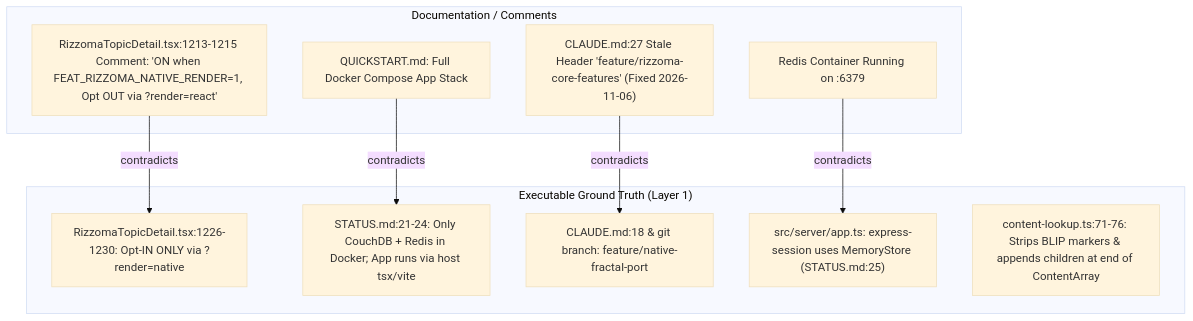
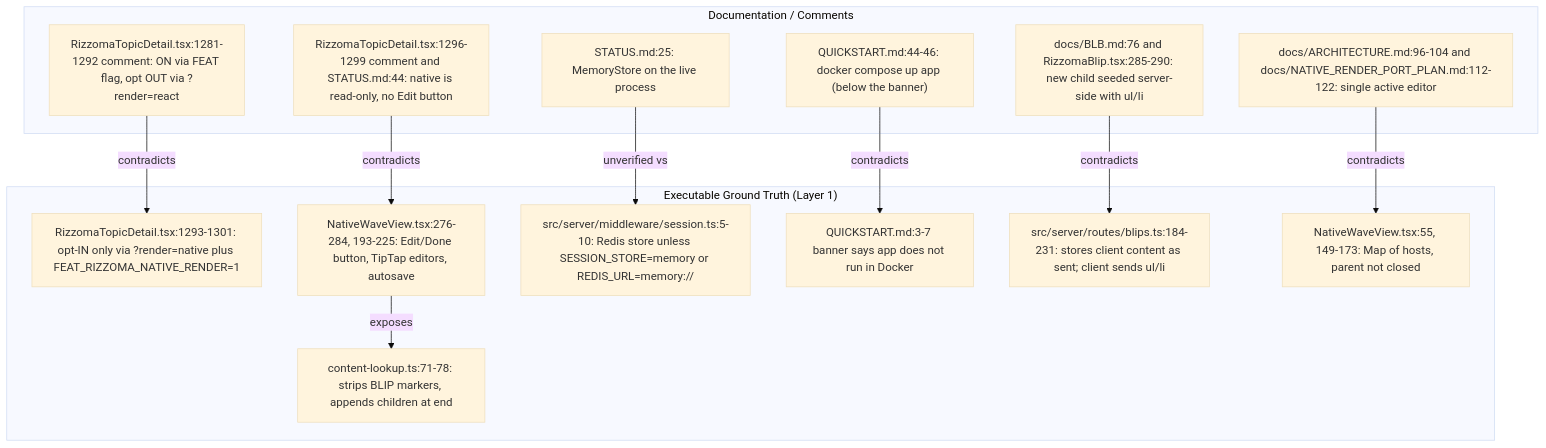
The first of 2 diagrams in wiki/decisions/contradictions-and-lint-findings.md (HCSS-StratBase/rizzoma), drawn with Mermaid (base theme) before and after one commit. The commit also changed other lines of this file and 17 other files, not shown here.

````diff
--- a/wiki/decisions/contradictions-and-lint-findings.md
+++ b/wiki/decisions/contradictions-and-lint-findings.md
@@ -27,22 +29,29 @@
 ```mermaid
 graph TD
     subgraph DOCS_CLAIMS["Documentation / Comments"]
-        C1["RizzomaTopicDetail.tsx:1213-1215 Comment: 'ON when FEAT_RIZZOMA_NATIVE_RENDER=1, Opt OUT via ?render=react'"]
-        C2["QUICKSTART.md: Full Docker Compose App Stack"]
-        C3["CLAUDE.md:27 Stale Header 'feature/rizzoma-core-features' (Fixed 2026-11-06)"]
-        C4["Redis Container Running on :6379"]
+        C1["RizzomaTopicDetail.tsx:1281-1292 comment: ON via FEAT flag, opt OUT via ?render=react"]
+        C2["RizzomaTopicDetail.tsx:1296-1299 comment and STATUS.md:44: native is read-only, no Edit button"]
+        C3["STATUS.md:25: MemoryStore on the live process"]
+        C4["QUICKSTART.md:44-46: docker compose up app (below the banner)"]
+        C5["docs/BLB.md:76 and RizzomaBlip.tsx:285-290: new child seeded server-side with ul/li"]
+        C6["docs/ARCHITECTURE.md:96-104 and docs/NATIVE_RENDER_PORT_PLAN.md:112-122: single active editor"]
     end
 
     subgraph CODE_TRUTH["Executable Ground Truth (Layer 1)"]
-        T1["RizzomaTopicDetail.tsx:1226-1230: Opt-IN ONLY via ?render=native"]
-        T2["STATUS.md:21-24: Only CouchDB + Redis in Docker; App runs via host tsx/vite"]
-        T3["CLAUDE.md:18 & git branch: feature/native-fractal-port"]
-        T4["src/server/app.ts: express-session uses MemoryStore (STATUS.md:25)"]
-        T5["content-lookup.ts:71-76: Strips BLIP markers & appends children at end of ContentArray"]
+        T1["RizzomaTopicDetail.tsx:1293-1301: opt-IN only via ?render=native plus FEAT_RIZZOMA_NATIVE_RENDER=1"]
+        T2["NativeWaveView.tsx:276-284, 193-225: Edit/Done button, TipTap editors, autosave"]
+        T3["src/server/middleware/session.ts:5-10: Redis store unless SESSION_STORE=memory or REDIS_URL=memory://"]
+        T4["QUICKSTART.md:3-7 banner says app does not run in Docker"]
+        T5["src/server/routes/blips.ts:184-231: stores client content as sent; client sends ul/li"]
+        T6["NativeWaveView.tsx:55, 149-173: Map of hosts, parent not closed"]
+        T7["content-lookup.ts:71-78: strips BLIP markers, appends children at end"]
     end
 
     C1 -->|contradicts| T1
     C2 -->|contradicts| T2
-    C3 -->|contradicts| T3
+    C3 -->|unverified vs| T3
     C4 -->|contradicts| T4
+    C5 -->|contradicts| T5
+    C6 -->|contradicts| T6
+    T2 -->|exposes| T7
 ```
````
